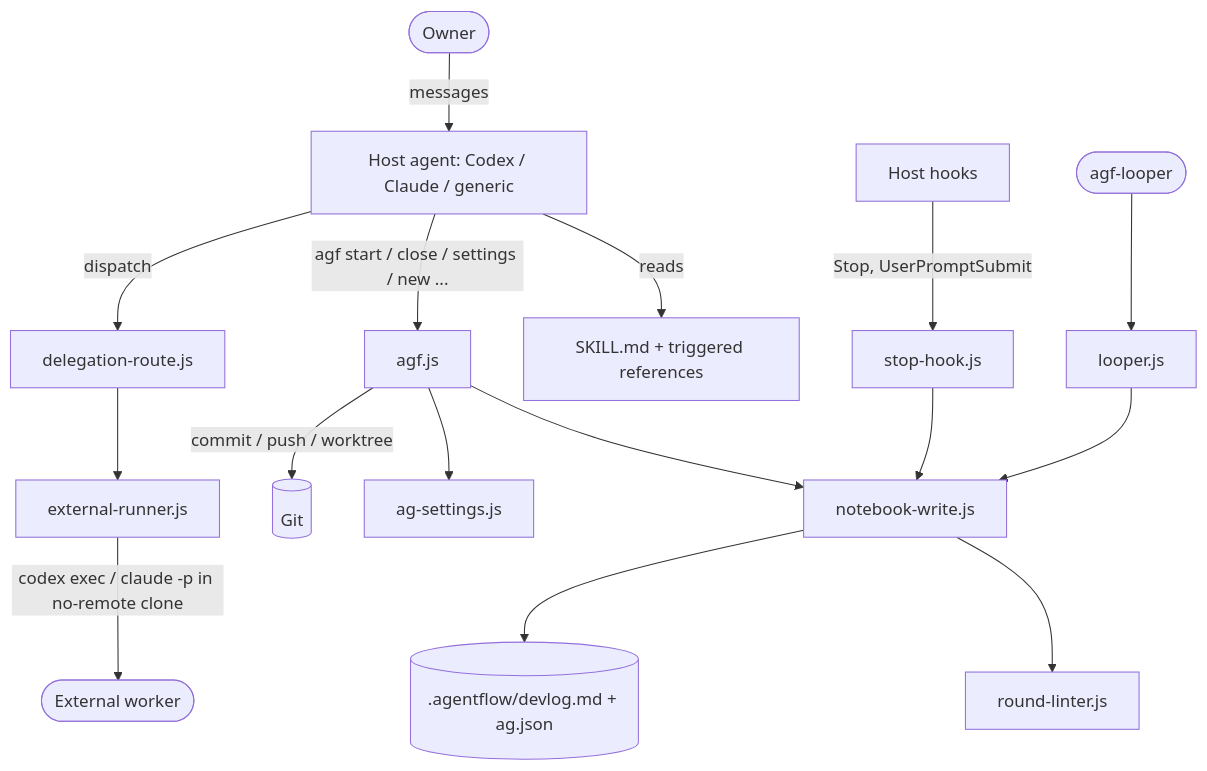
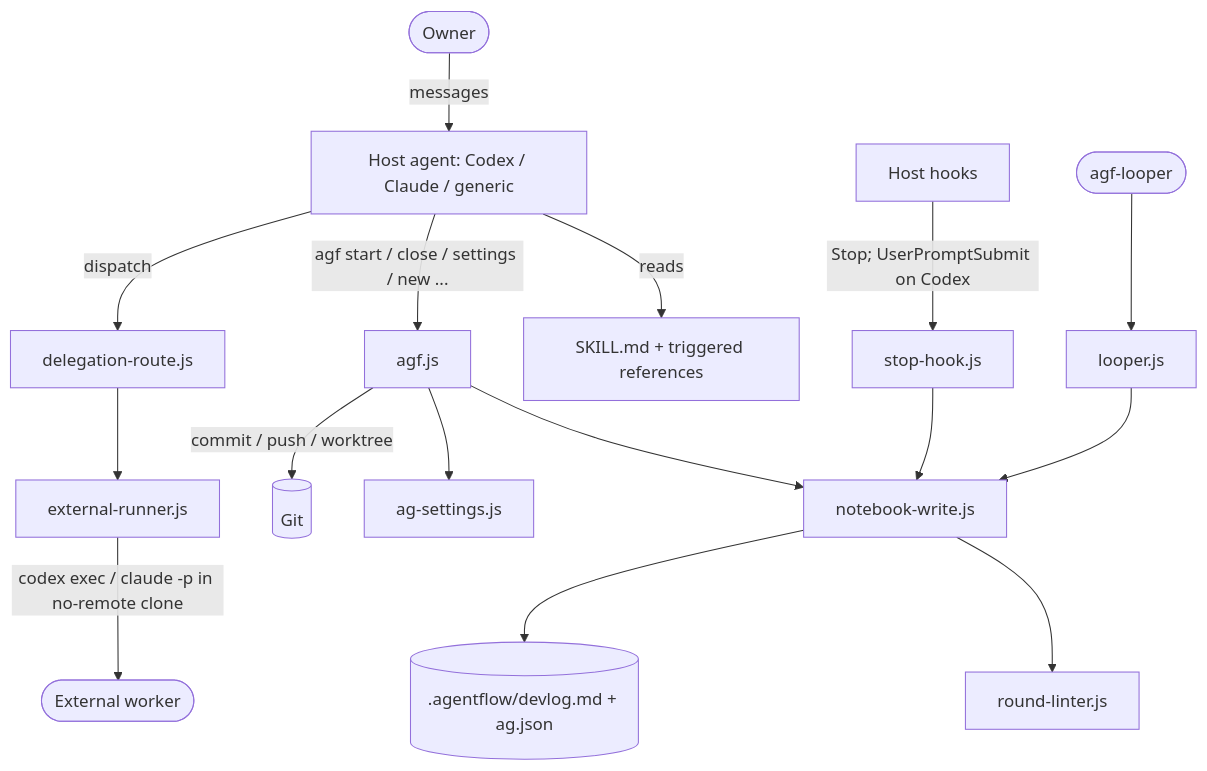
Before and after one commit to ritalee-dino/agentflow-v8: the first of 2 diagrams in docs/agent/ARCHITECTURE.md, drawn with Mermaid. The commit also changed other lines of this file and 6 other files, not shown here.

````diff
--- a/docs/agent/ARCHITECTURE.md
+++ b/docs/agent/ARCHITECTURE.md
@@ -12,18 +12,18 @@
 ```mermaid
 flowchart TD
     Owner([Owner]) -->|messages| Host[Host agent: Codex / Claude / generic]
     Host -->|reads| Skill[SKILL.md + triggered references]
     Host -->|agf start / close / settings / new ...| AGF[agf.js]
-    HostHooks[Host hooks] -->|Stop, UserPromptSubmit| StopHook[stop-hook.js]
+    HostHooks[Host hooks] -->|Stop; UserPromptSubmit on Codex| StopHook[stop-hook.js]
     Host -->|dispatch| Deleg[delegation-route.js]
     Deleg --> ExtRun[external-runner.js]
     ExtRun -->|codex exec / claude -p in no-remote clone| Worker([External worker])
     OwnerShell([agf-looper]) --> Looper[looper.js]
     AGF --> Writer[notebook-write.js]
     StopHook --> Writer
     Looper --> Writer
     Writer --> Linter[round-linter.js]
     AGF --> Settings[ag-settings.js]
     Writer --> Notebook[(.agentflow/devlog.md + ag.json)]
     AGF -->|commit / push / worktree| Git[(Git)]
 ```
````
